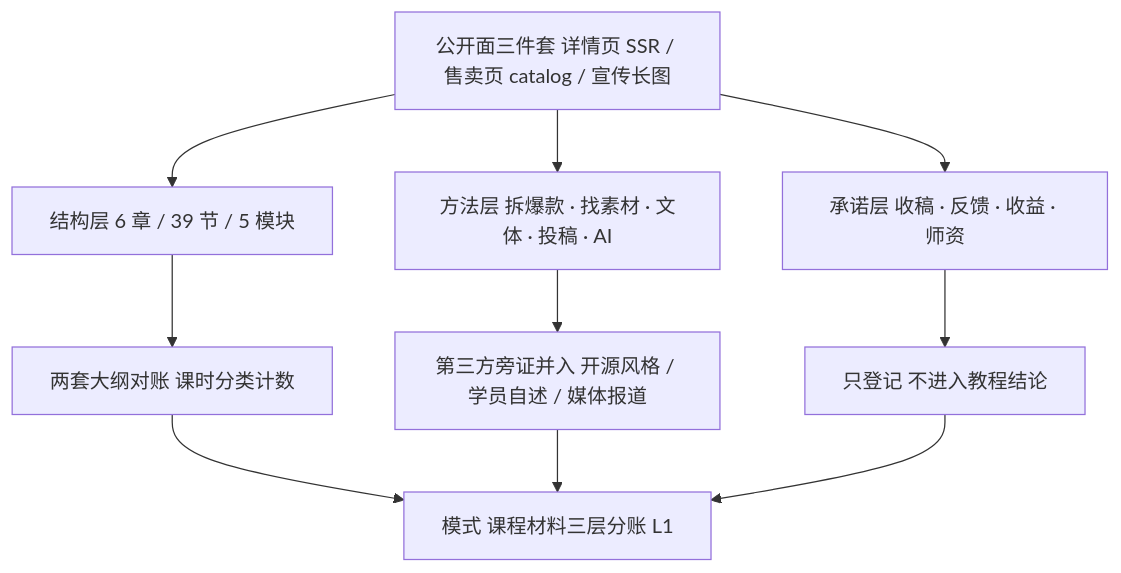
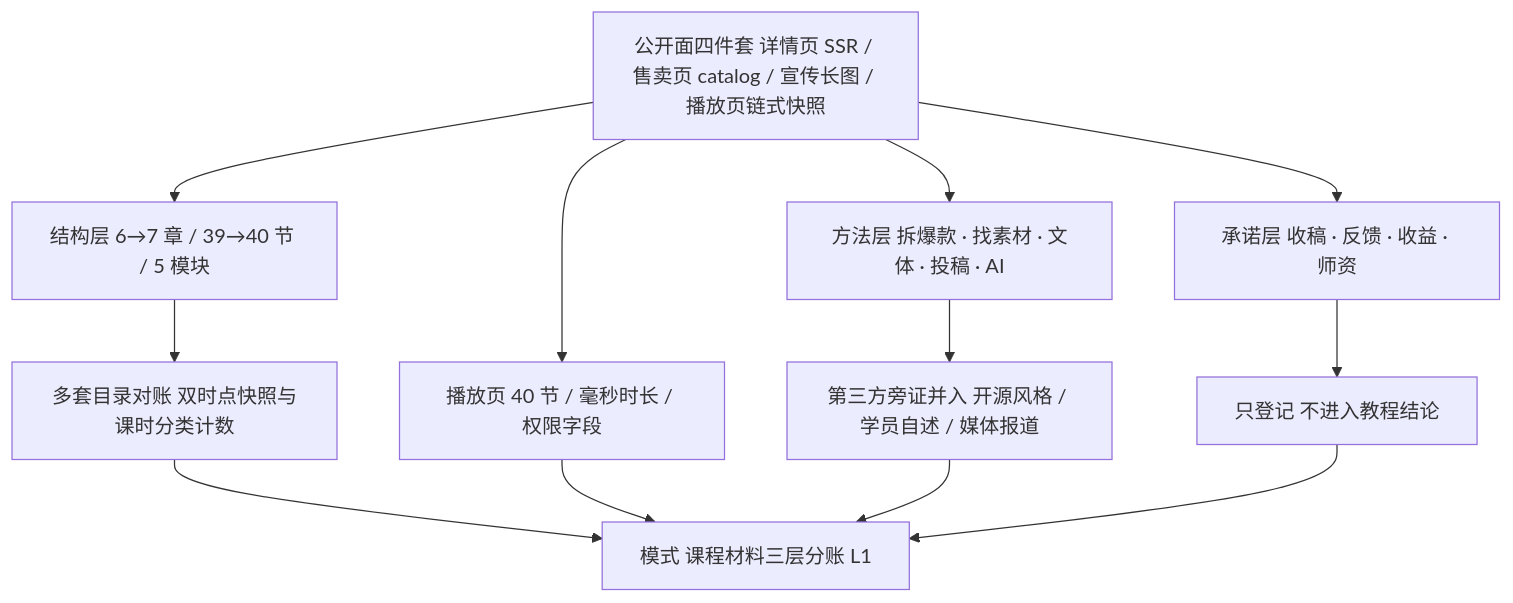
One commit to awesome-flexloop/awesome-okf changed the diagram in doc/bundles/sheke/industry/short-story-writing-system/index.md. Above: the diagram before and after it, drawn with Mermaid. The commit also changed other lines of this file and 15 other files, not shown here.

````diff
--- a/doc/bundles/sheke/industry/short-story-writing-system/index.md
+++ b/doc/bundles/sheke/industry/short-story-writing-system/index.md
@@ -50,12 +55,14 @@
 ```mermaid
 flowchart TD
-    A["公开面三件套 详情页 SSR / 售卖页 catalog / 宣传长图"] --> B["结构层 6 章 / 39 节 / 5 模块"]
+    A["公开面四件套 详情页 SSR / 售卖页 catalog / 宣传长图 / 播放页链式快照"] --> B["结构层 6→7 章 / 39→40 节 / 5 模块"]
+    A --> I["播放页 40 节 / 毫秒时长 / 权限字段"]
     A --> C["方法层 拆爆款 · 找素材 · 文体 · 投稿 · AI"]
     A --> D["承诺层 收稿 · 反馈 · 收益 · 师资"]
-    B --> E["两套大纲对账 课时分类计数"]
+    B --> E["多套目录对账 双时点快照与课时分类计数"]
     C --> F["第三方旁证并入 开源风格 / 学员自述 / 媒体报道"]
     D --> G["只登记 不进入教程结论"]
     E --> H["模式 课程材料三层分账 L1"]
+    I --> H
     F --> H
     G --> H
 ```
````
